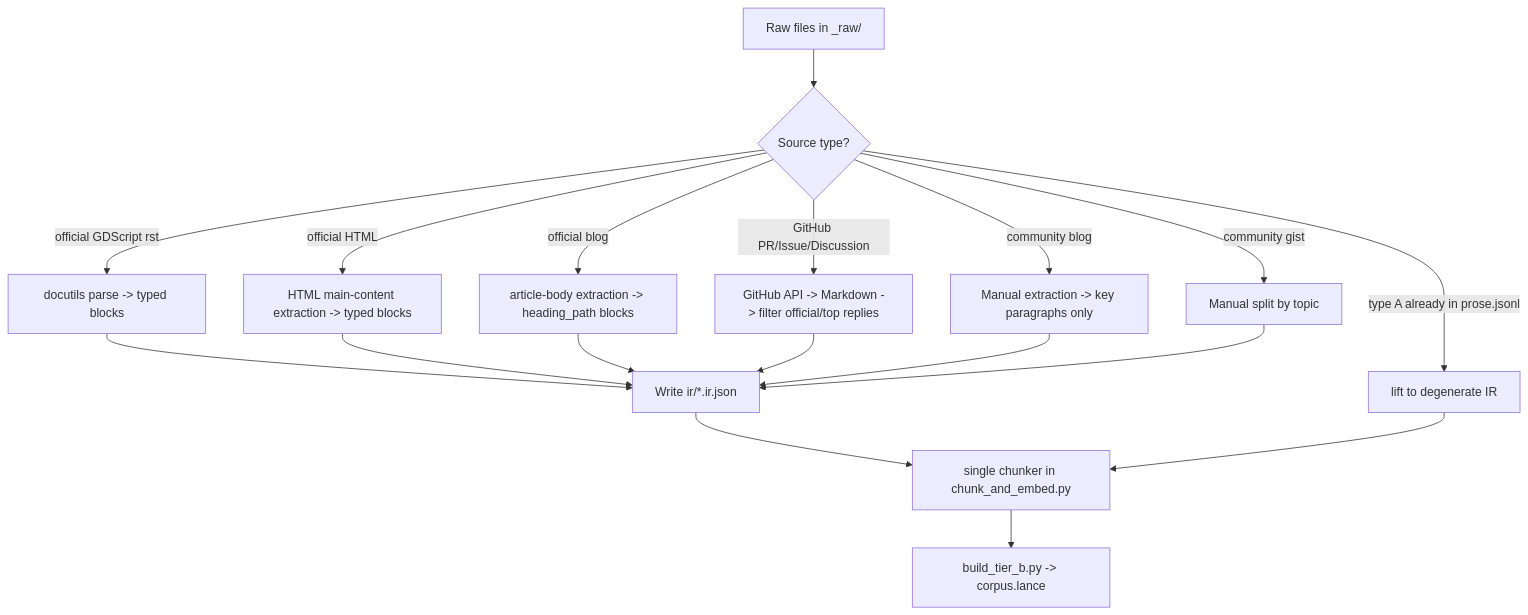
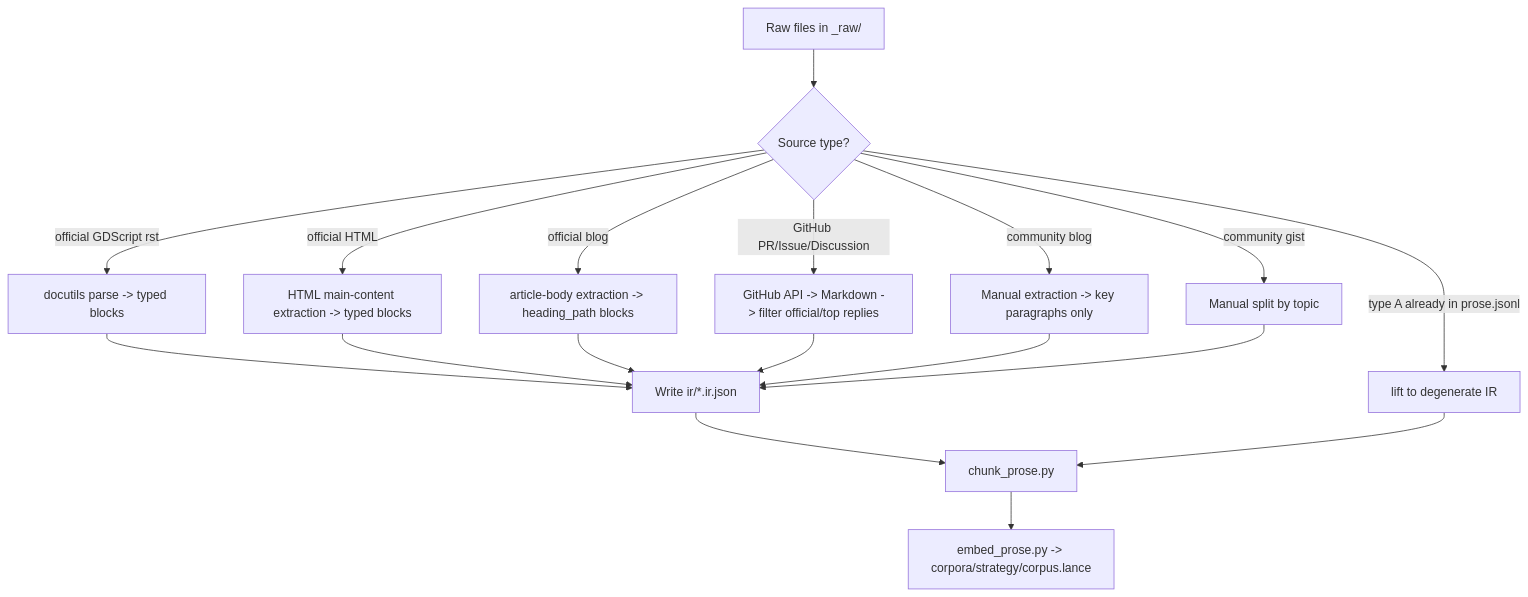
Before and after one commit to shanghuaye504-byte/godot3_to_4_migration_agent: the diagram in rag/vault/tier_b_prose/README.md, drawn with Mermaid. The commit also changed other lines of this file and 132 other files, not shown here.

````diff
--- a/rag/vault/tier_b_prose/README.md
+++ b/rag/vault/tier_b_prose/README.md
@@ -201,20 +201,20 @@
 ```mermaid
 flowchart TD
     A[Raw files in _raw/] --> B{Source type?}
     B -->|type A already in prose.jsonl| L[lift to degenerate IR]
     B -->|official GDScript rst| C[docutils parse -> typed blocks]
     B -->|official HTML| D[HTML main-content extraction -> typed blocks]
     B -->|official blog| E[article-body extraction -> heading_path blocks]
     B -->|GitHub PR/Issue/Discussion| F[GitHub API -> Markdown -> filter official/top replies]
     B -->|community blog| G[Manual extraction -> key paragraphs only]
     B -->|community gist| H[Manual split by topic]
     C --> I[Write ir/*.ir.json]
     D --> I
     E --> I
     F --> I
     G --> I
     H --> I
-    I --> J[single chunker in chunk_and_embed.py]
+    I --> J[chunk_prose.py]
     L --> J
-    J --> K[build_tier_b.py -> corpus.lance]
+    J --> K[embed_prose.py -> corpora/strategy/corpus.lance]
 ```
````
